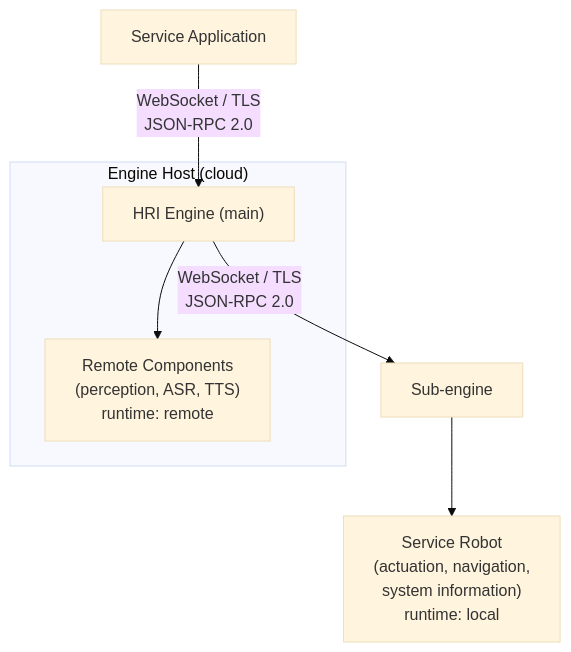
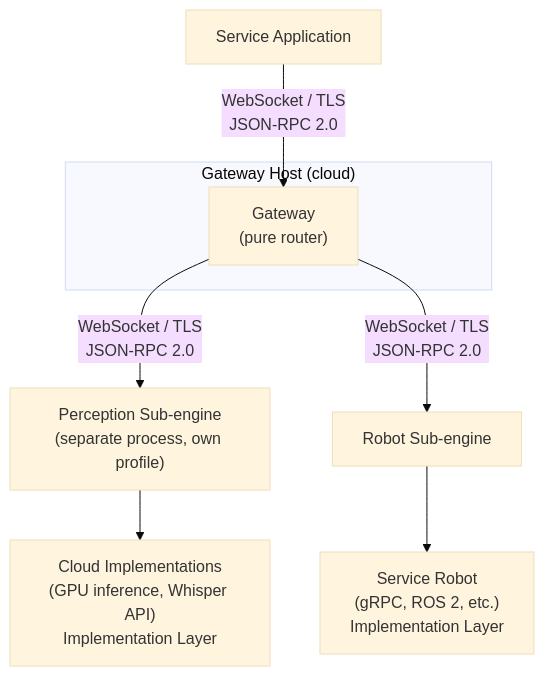
The fifth of 5 diagrams in docs/architecture.md (openrois/openrois), drawn with Mermaid (base theme) before and after one commit. The commit also changed other lines of this file and 7 other files, not shown here.

First line of the commit message:
docs: rewrite architecture, roadmap, and white paper to recursive engine model

````diff
--- a/docs/architecture.md
+++ b/docs/architecture.md
@@ -218,14 +748,15 @@
 ```mermaid
 flowchart TB
     App["Service Application"]
     App -->|"WebSocket / TLS<br/>JSON-RPC 2.0"| GW
 
-    subgraph Cloud["Engine Host (cloud)"]
-        GW["HRI Engine (main)"]
-        RemoteComponents["Remote Components<br/>(perception, ASR, TTS)<br/>runtime: remote"]
-        GW --> RemoteComponents
+    subgraph Cloud["Gateway Host (cloud)"]
+        GW["Gateway<br/>(pure router)"]
     end
 
-    GW -->|"WebSocket / TLS<br/>JSON-RPC 2.0"| SubEngine["Sub-engine"]
-    SubEngine --> Robot["Service Robot<br/>(actuation, navigation,<br/>system information)<br/>runtime: local"]
+    GW -->|"WebSocket / TLS<br/>JSON-RPC 2.0"| PerceptionSubEngine["Perception Sub-engine<br/>(separate process, own profile)"]
+    PerceptionSubEngine --> CloudImpl["Cloud Implementations<br/>(GPU inference, Whisper API)<br/>Implementation Layer"]
+
+    GW -->|"WebSocket / TLS<br/>JSON-RPC 2.0"| RobotSubEngine["Robot Sub-engine"]
+    RobotSubEngine --> Robot["Service Robot<br/>(gRPC, ROS 2, etc.)<br/>Implementation Layer"]
 ```
````
